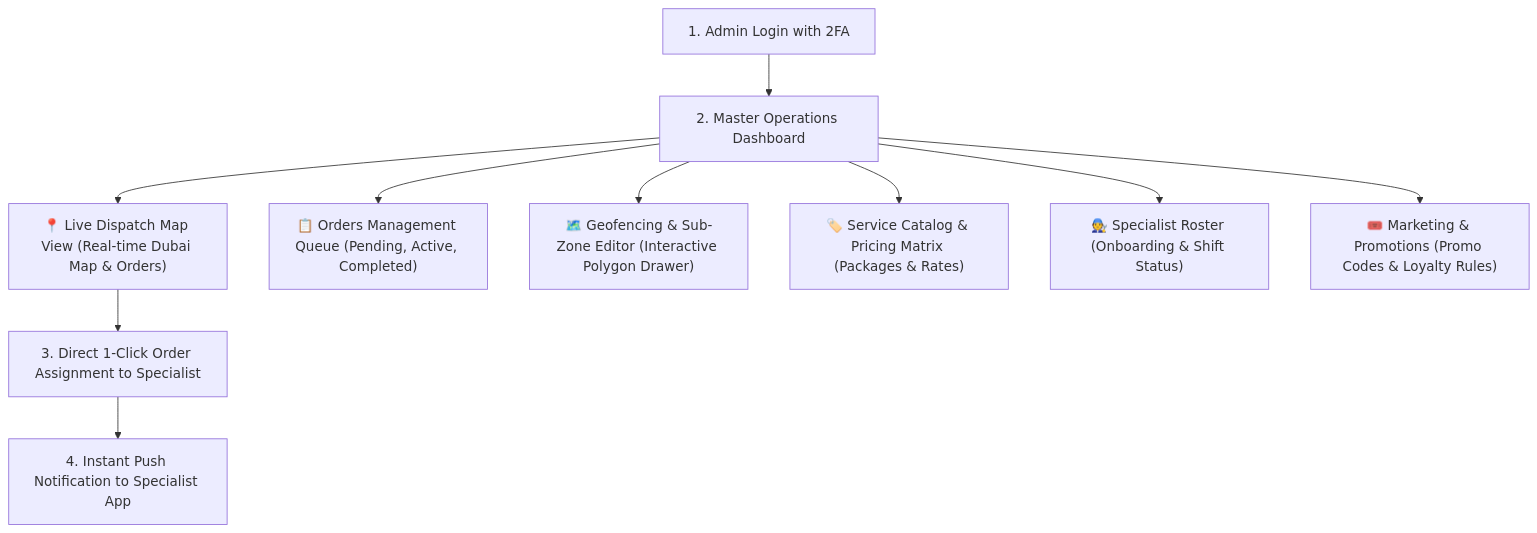
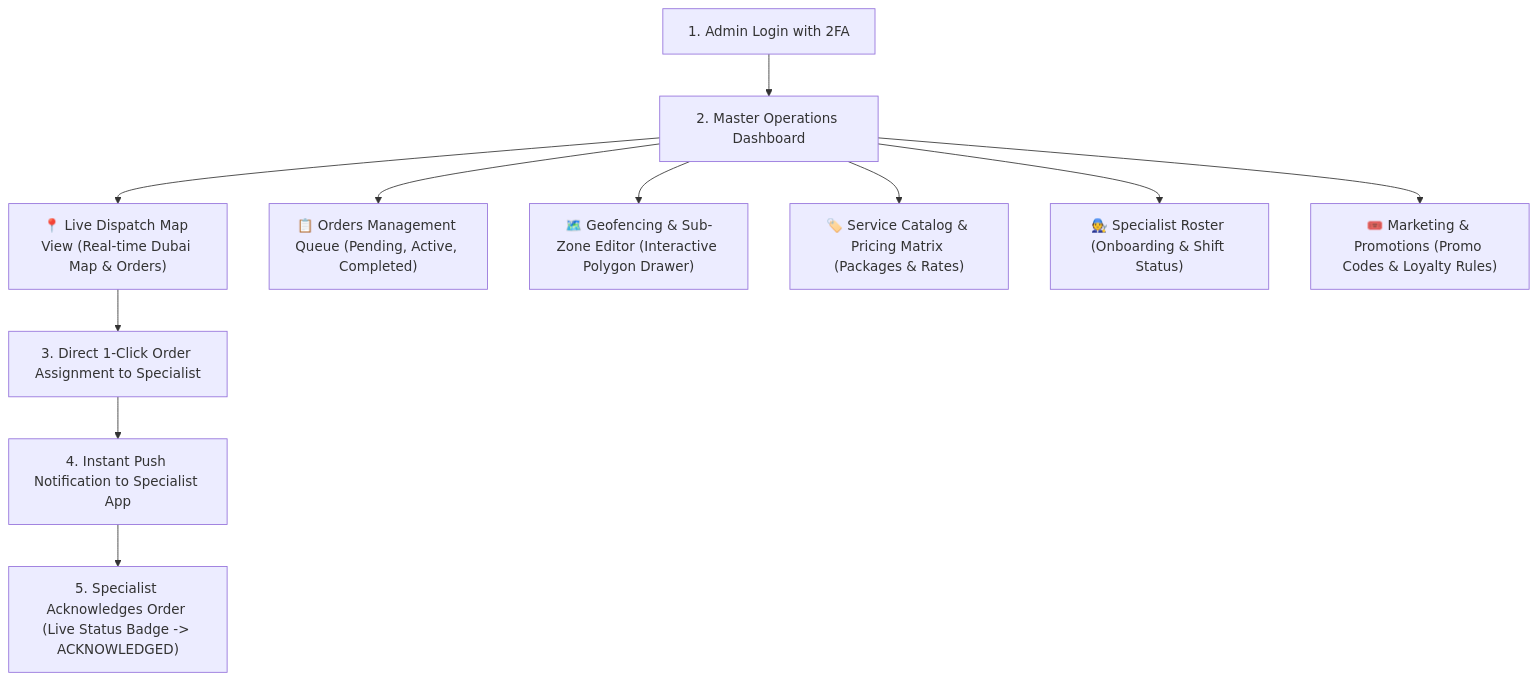
One commit to fsdevriver/800-doc changed the diagram in docs/flows/admin-flow.md. Above: the diagram before and after it, drawn with Mermaid. The commit also changed 3 other files, not shown here.

Commit message:
feat: add specialist Order Acknowledgment step and real-time admin alert event

````diff
--- a/docs/flows/admin-flow.md
+++ b/docs/flows/admin-flow.md
@@ -9,14 +9,15 @@
 ```mermaid
 graph TD
     A["1. Admin Login with 2FA"] --> B["2. Master Operations Dashboard"]
     
     B --> C["📍 Live Dispatch Map View (Real-time Dubai Map & Orders)"]
     B --> D["📋 Orders Management Queue (Pending, Active, Completed)"]
     B --> E["🗺️ Geofencing & Sub-Zone Editor (Interactive Polygon Drawer)"]
     B --> F["🏷️ Service Catalog & Pricing Matrix (Packages & Rates)"]
     B --> G["🧑‍🔧 Specialist Roster (Onboarding & Shift Status)"]
     B --> H["🎟️ Marketing & Promotions (Promo Codes & Loyalty Rules)"]
 
     C --> I["3. Direct 1-Click Order Assignment to Specialist"]
     I --> J["4. Instant Push Notification to Specialist App"]
+    J --> K["5. Specialist Acknowledges Order (Live Status Badge -> ACKNOWLEDGED)"]
 ```
````
